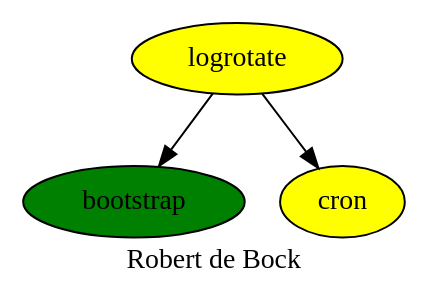
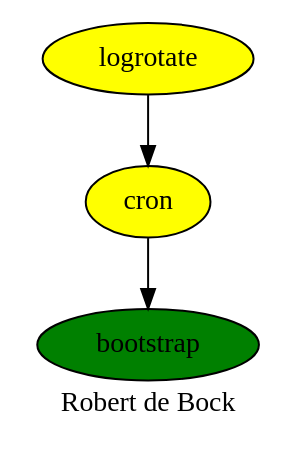
The diagram in logrotate.dot (robertdebock/drawings), drawn with Graphviz before and after one commit. The commit also changed 1 other file, not shown here.

Commit message:
Fix logrotate.

```diff
--- a/logrotate.dot
+++ b/logrotate.dot
@@ -1,11 +1,11 @@
 digraph PhiloDilemma {
   label = "Robert de Bock" ;
   overlap=false
   {
     bootstrap [fillcolor=green style=filled]
+    cron [fillcolor=yellow style=filled]
     logrotate [fillcolor=yellow style=filled]
-    cron [fillcolor=yellow style=filled]
   }
-  logrotate -> bootstrap
+  cron -> bootstrap
   logrotate -> cron
 }
```
